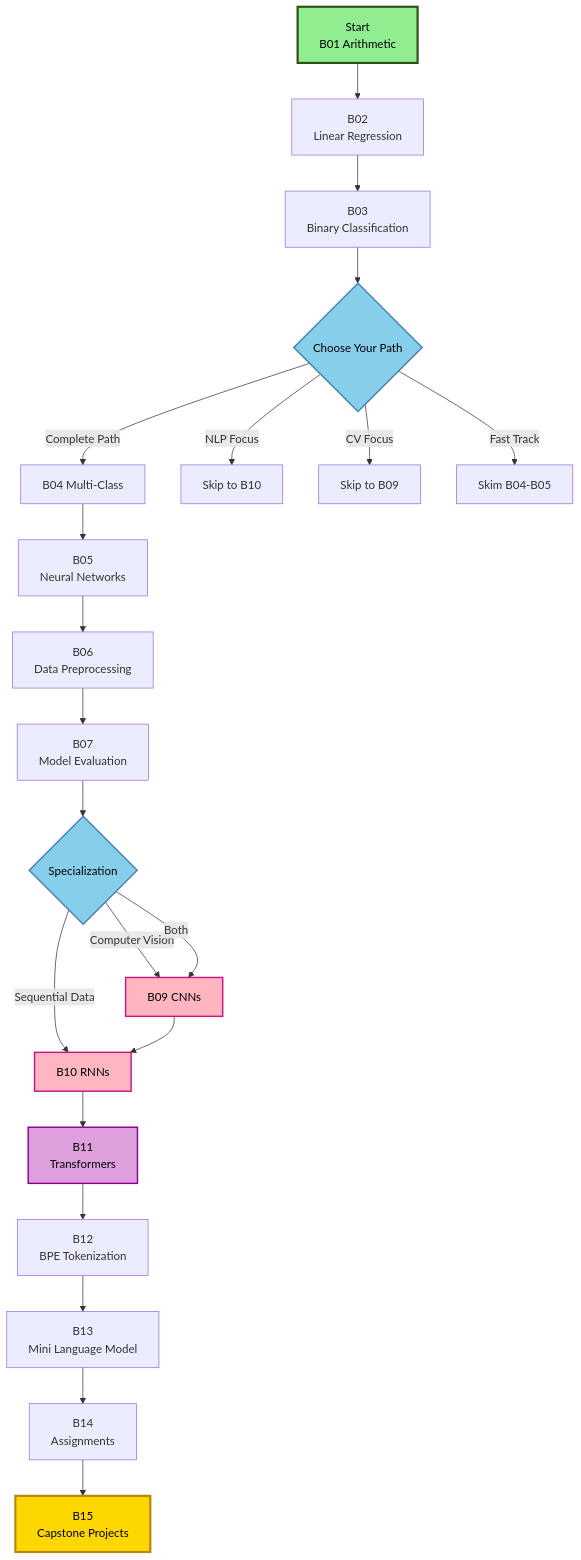
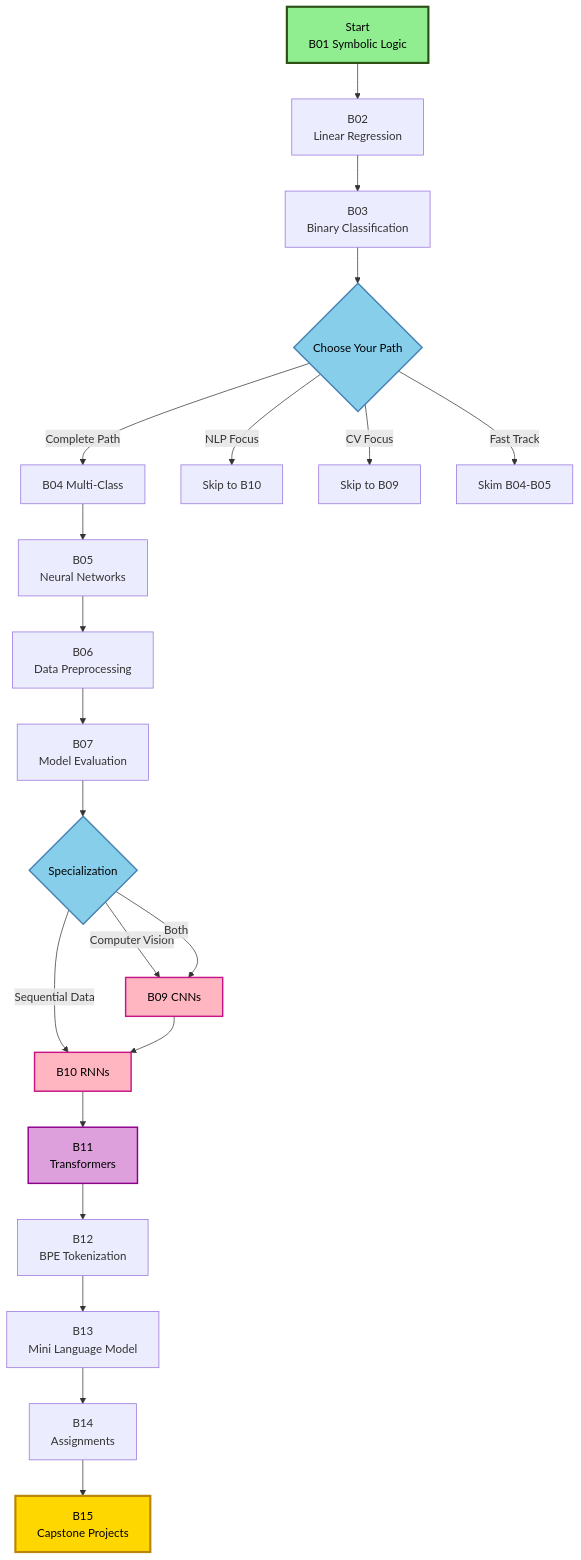
Before and after one commit to nexageapps/AI: the second of 11 diagrams in Basic/README.md, drawn with Mermaid. The commit also changed other lines of this file and 41 other files, not shown here.

````diff
--- a/Basic/README.md
+++ b/Basic/README.md
@@ -245,34 +258,34 @@
 ```mermaid
 graph TD
-    A["Start<br/>B01 Arithmetic"] --> B["B02<br/>Linear Regression"]
+    A["Start<br/>B01 Symbolic Logic"] --> B["B02<br/>Linear Regression"]
     B --> C["B03<br/>Binary Classification"]
     C --> D{"Choose Your Path"}
     D -->|"Complete Path"| E["B04 Multi-Class"]
     D -->|"NLP Focus"| F["Skip to B10"]
     D -->|"CV Focus"| G["Skip to B09"]
     D -->|"Fast Track"| H["Skim B04-B05"]
     
     E --> I["B05<br/>Neural Networks"]
     I --> J["B06<br/>Data Preprocessing"]
     J --> K["B07<br/>Model Evaluation"]
     K --> L{"Specialization"}
     
     L -->|"Computer Vision"| M["B09 CNNs"]
     L -->|"Sequential Data"| N["B10 RNNs"]
     L -->|"Both"| M
     M --> N
     
     N --> O["B11<br/>Transformers"]
     O --> P["B12<br/>BPE Tokenization"]
     P --> Q["B13<br/>Mini Language Model"]
     Q --> R["B14<br/>Assignments"]
     R --> S["B15<br/>Capstone Projects"]
     
     style A fill:#90EE90,stroke:#2d5016,stroke-width:3px,color:#000
     style S fill:#FFD700,stroke:#b8860b,stroke-width:3px,color:#000
     style D fill:#87CEEB,stroke:#4682b4,stroke-width:2px,color:#000
     style L fill:#87CEEB,stroke:#4682b4,stroke-width:2px,color:#000
     style M fill:#FFB6C1,stroke:#c71585,stroke-width:2px,color:#000
     style N fill:#FFB6C1,stroke:#c71585,stroke-width:2px,color:#000
     style O fill:#DDA0DD,stroke:#8b008b,stroke-width:2px,color:#000
 ```
````
